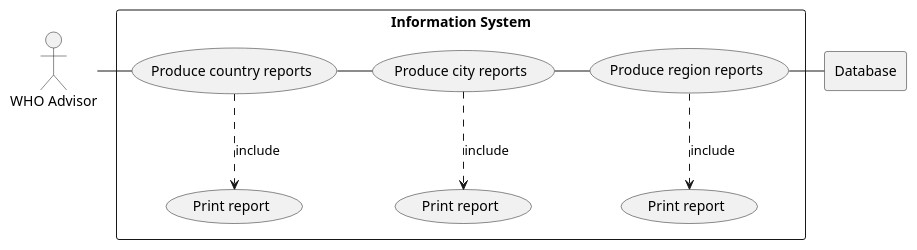
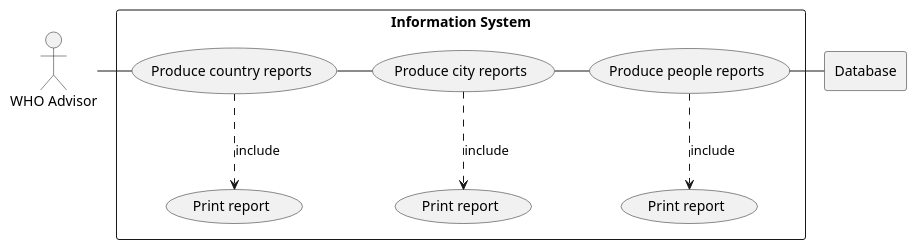
Before and after one commit to OlavJDigranes/SEMCoursework: the diagram in use-cases/Coursework.puml, drawn with PlantUML.

Commit message:
Update Coursework.puml, Changed region to people

```diff
--- a/use-cases/Coursework.puml
+++ b/use-cases/Coursework.puml
@@ -1,25 +1,25 @@
 @startuml
 actor WHO as "WHO Advisor"
 
 rectangle Database
 
 rectangle "Information System"{
     usecase UC1 as "Produce country reports"
     usecase UC2 as "Produce city reports"
-    usecase UC3 as "Produce region reports"
+    usecase UC3 as "Produce people reports"
 
     usecase UCa as "Print report"
     usecase UCb as "Print report"
     usecase UCc as "Print report"
 
     WHO - UC1
     UC1 - UC2
     UC2 - UC3
     UC3 - Database
 
     UC1 ..> UCa : include
     UC2 ..> UCb : include
     UC3 ..> UCc : include
 
 }
 @enduml
```
